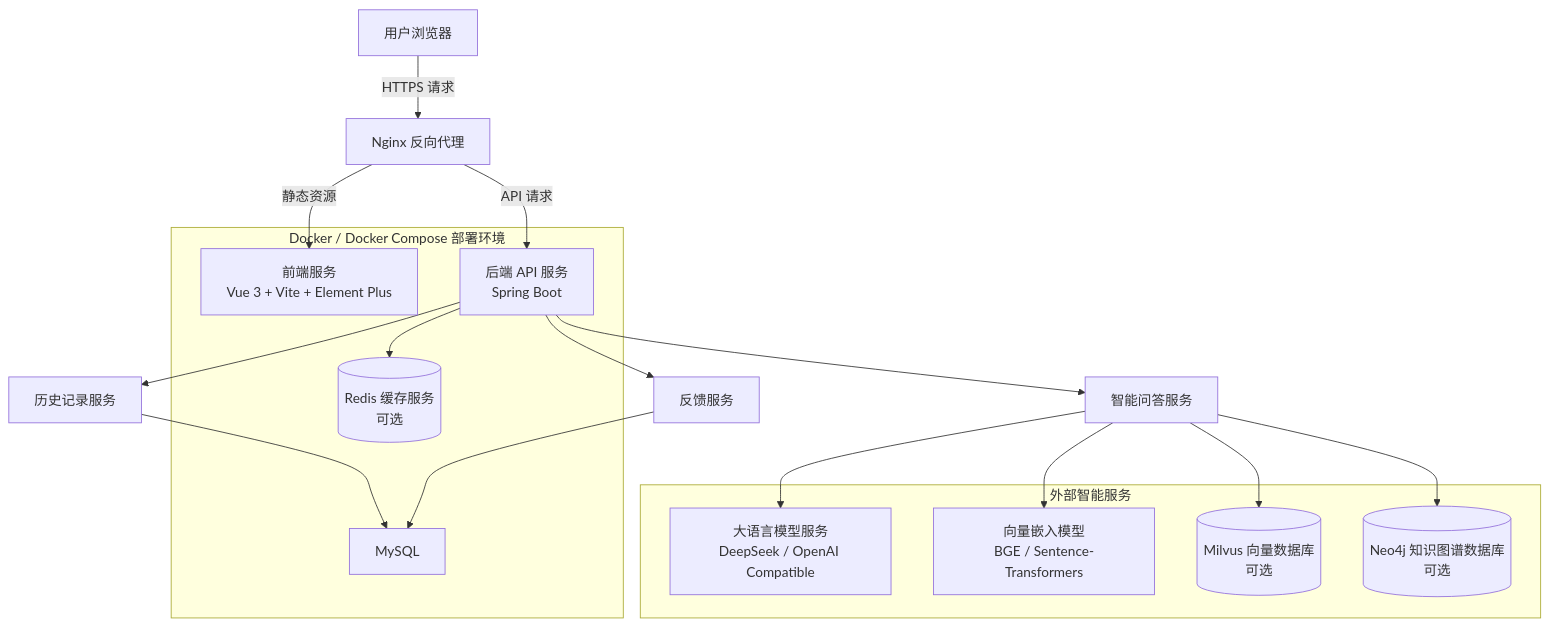
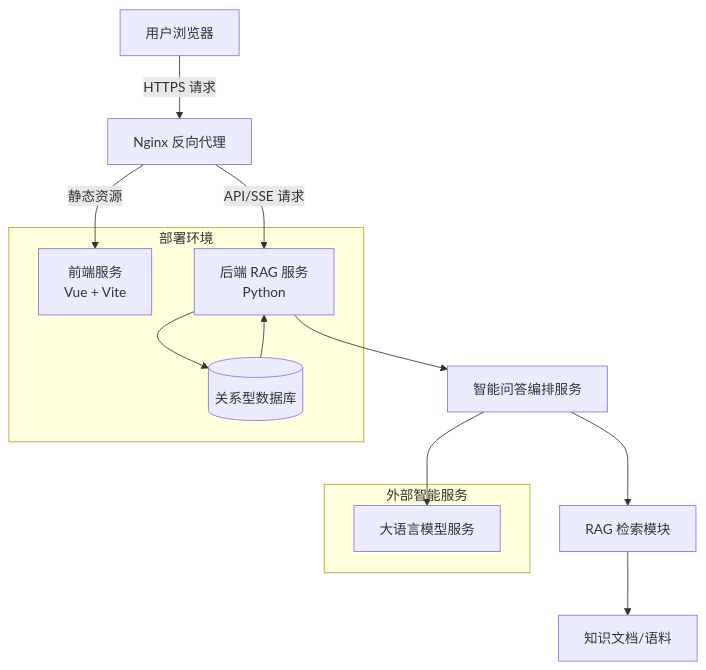
The fourth of 4 diagrams in documents/设计文档.md (BUCT-CS2301/QAsystem), drawn with Mermaid before and after one commit. The commit also changed other lines of this file, not shown here.

Commit message:
设计文档 架构图 修改

````diff
--- a/documents/设计文档.md
+++ b/documents/设计文档.md
@@ -734,35 +745,26 @@
 ```mermaid
 flowchart TB
     User[用户浏览器] -->|HTTPS 请求| Nginx[Nginx 反向代理]
 
-    Nginx -->|静态资源| Frontend[前端服务<br/>Vue 3 + Vite + Element Plus]
-    Nginx -->|API 请求| Backend[后端 API 服务<br/>Spring Boot]
+    Nginx -->|静态资源| Frontend[前端服务<br/>Vue + Vite]
+    Nginx -->|API/SSE 请求| Backend[后端 RAG 服务<br/>Python]
 
-    Backend --> QA[智能问答服务]
-    Backend --> History[历史记录服务]
-    Backend --> Feedback[反馈服务]
+    Backend --> QA[智能问答编排服务]
+    QA --> RAG[RAG 检索模块]
+    RAG --> Docs[知识文档/语料]
 
-    QA --> LLM[大语言模型服务<br/>DeepSeek / OpenAI Compatible]
-    QA --> Embedding[向量嵌入模型<br/>BGE / Sentence-Transformers]
+    QA --> LLM[大语言模型服务]
 
-    QA --> Milvus[(Milvus 向量数据库<br/>可选)]
-    QA --> Neo4j[(Neo4j 知识图谱数据库<br/>可选)]
+    Backend --> MySQL[(关系型数据库)]
+    MySQL --> Backend
 
-    History --> MySQL
-    Feedback --> MySQL
-    Backend --> Redis[(Redis 缓存服务<br/>可选)]
-
-    subgraph DockerEnv[Docker / Docker Compose 部署环境]
+    subgraph DeployEnv[部署环境]
         Frontend
         Backend
         MySQL
-        Redis
     end
 
     subgraph ExternalService[外部智能服务]
         LLM
-        Embedding
-        Milvus
-        Neo4j
     end
 ```
````
